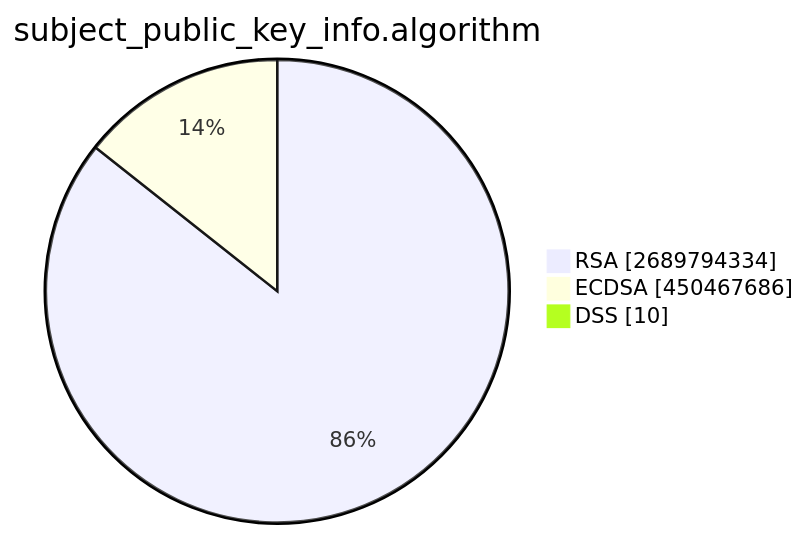
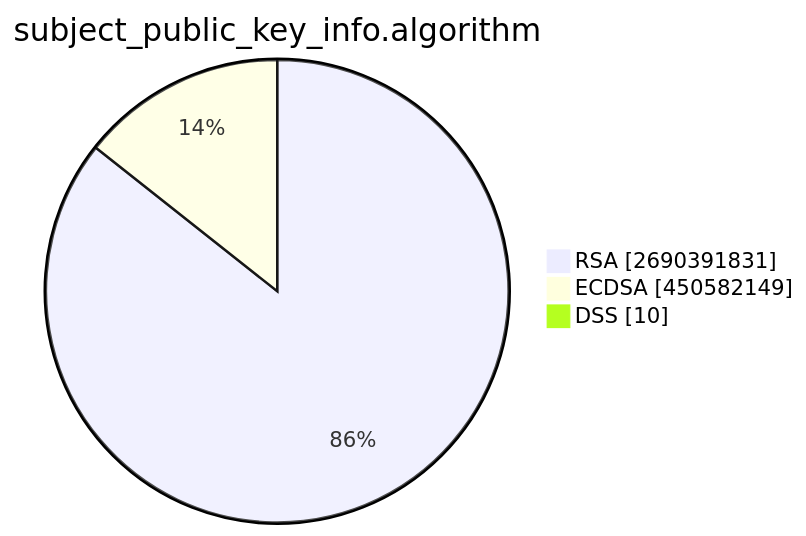
Before and after one commit to christiankrug/ctmonitor_visualization: the second of 15 diagrams in TOTAL/README.md, drawn with Mermaid. The commit also changed other lines of this file, not shown here.

````diff
--- a/TOTAL/README.md
+++ b/TOTAL/README.md
@@ -6,7 +6,7 @@
 ```mermaid
 pie showData
 title subject_public_key_info.algorithm
-"RSA" :2689794334
-"ECDSA" :450467686
+"RSA" :2690391831
+"ECDSA" :450582149
 "DSS" :10
 ```
````
